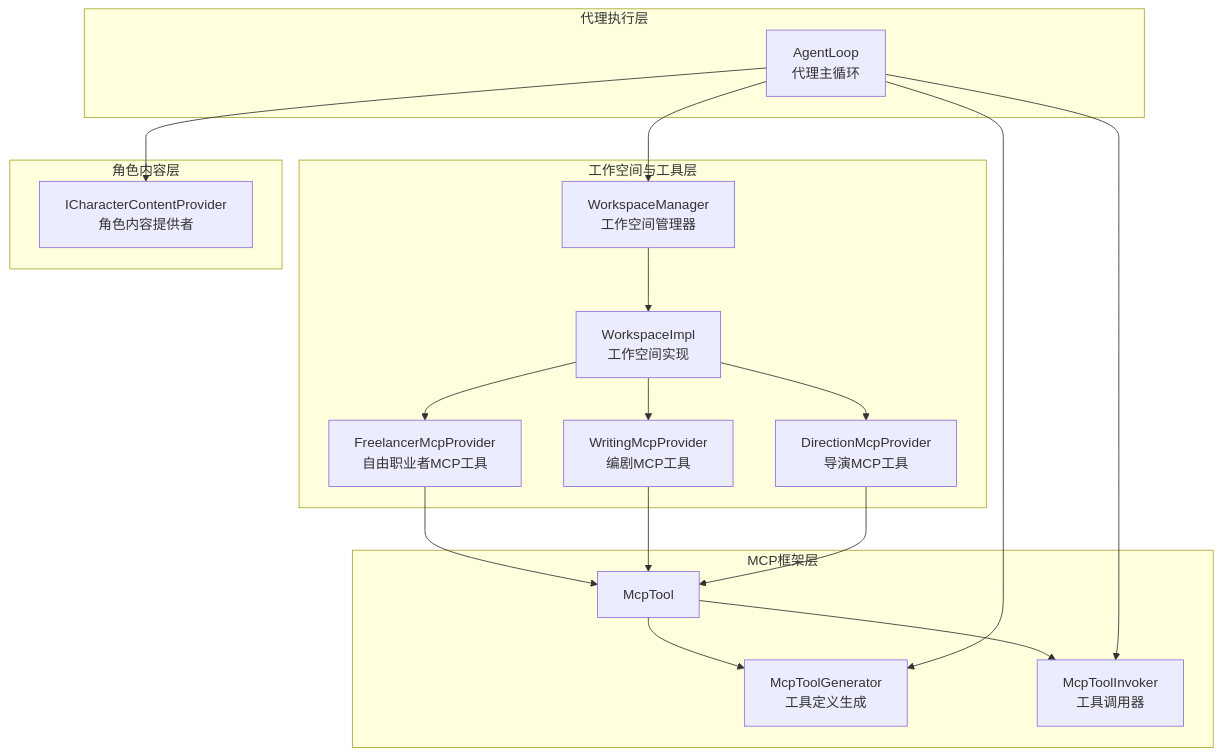
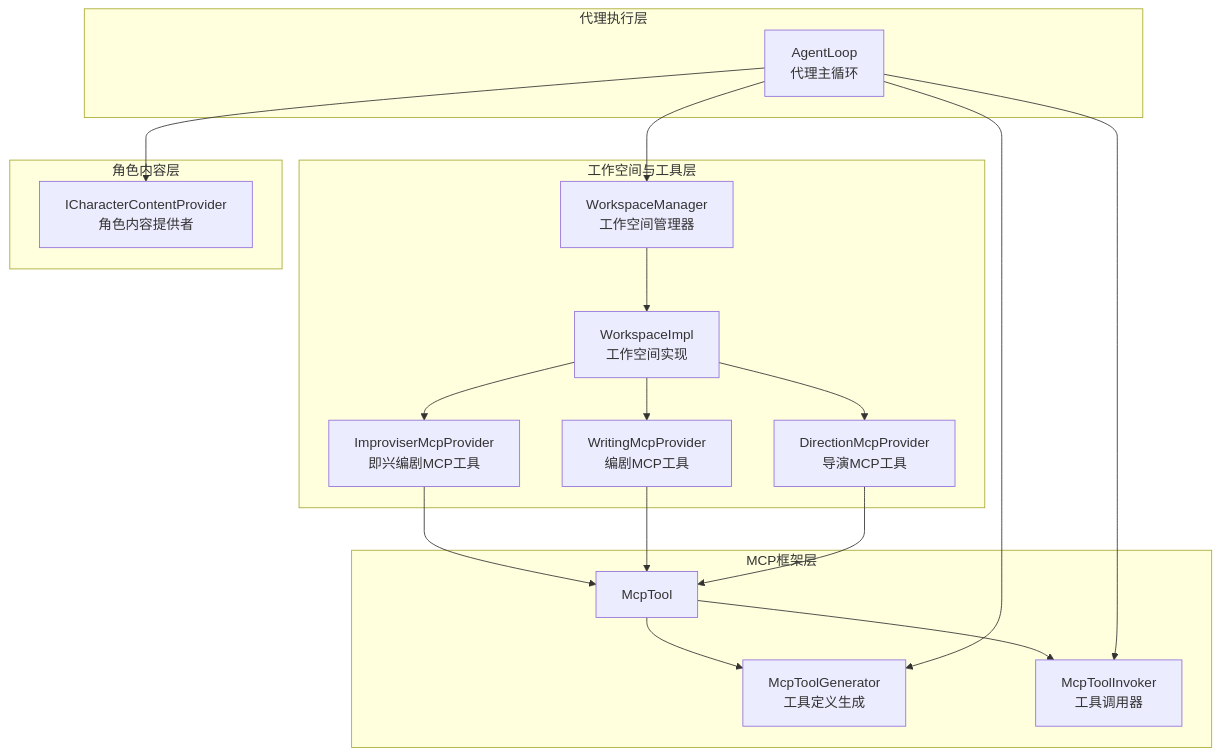
The first of 7 diagrams in .qoder/repowiki/zh/content/核心架构设计/多代理协作架构/自由职业者代理系统.md (suzvka/RimLife), drawn with Mermaid before and after one commit. The commit also changed other lines of this file and 26 other files, not shown here.

````diff
--- a/.qoder/repowiki/zh/content/核心架构设计/多代理协作架构/自由职业者代理系统.md
+++ b/.qoder/repowiki/zh/content/核心架构设计/多代理协作架构/自由职业者代理系统.md
@@ -41,34 +43,34 @@
 ```mermaid
 graph TB
 subgraph "工作空间与工具层"
 WM["WorkspaceManager<br/>工作空间管理器"]
 WS["WorkspaceImpl<br/>工作空间实现"]
-FMP["FreelancerMcpProvider<br/>自由职业者MCP工具"]
+IMP["ImproviserMcpProvider<br/>即兴编剧MCP工具"]
 WMP["WritingMcpProvider<br/>编剧MCP工具"]
 DMP["DirectionMcpProvider<br/>导演MCP工具"]
 end
 subgraph "代理执行层"
 AL["AgentLoop<br/>代理主循环"]
 end
 subgraph "MCP框架层"
 MT["McpTool"]
 MTG["McpToolGenerator<br/>工具定义生成"]
 MTI["McpToolInvoker<br/>工具调用器"]
 end
 subgraph "角色内容层"
 CCP["ICharacterContentProvider<br/>角色内容提供者"]
 end
 AL --> WM
 WM --> WS
-WS --> FMP
+WS --> IMP
 WS --> WMP
 WS --> DMP
-FMP --> MT
+IMP --> MT
 WMP --> MT
 DMP --> MT
 MT --> MTG
 MT --> MTI
 AL --> MTG
 AL --> MTI
 AL --> CCP
 ```
````
